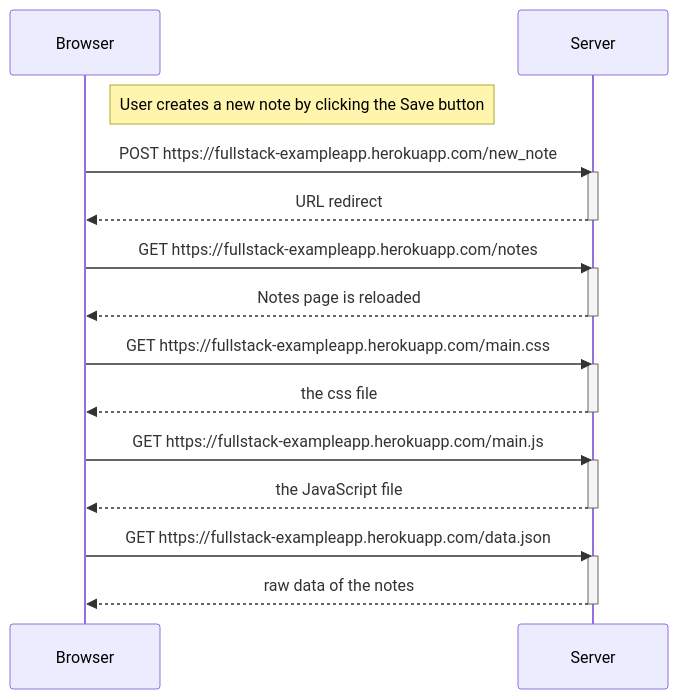
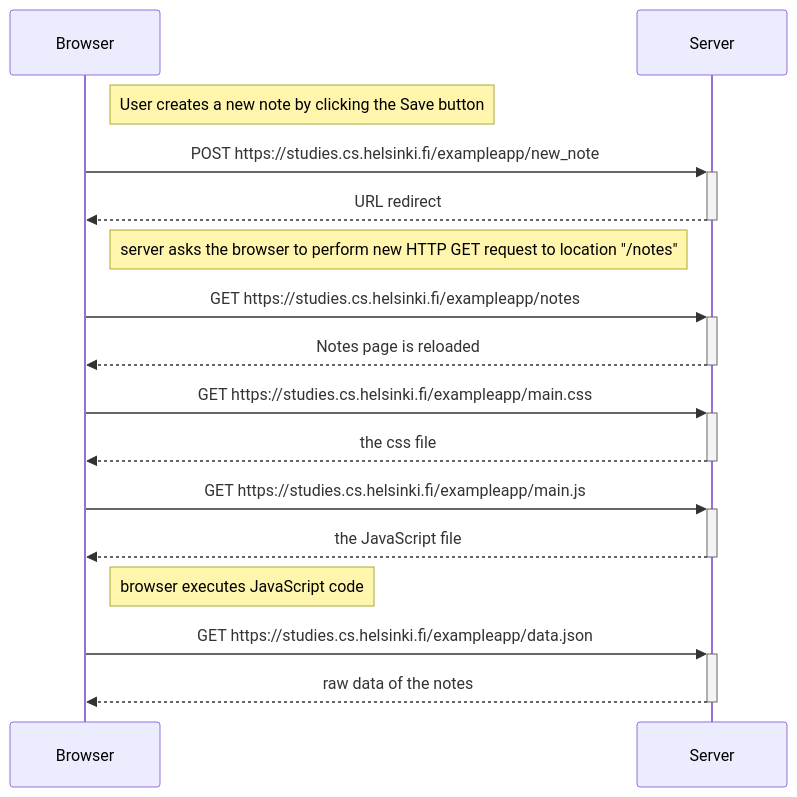
One commit to VictoriaColeman/FullStackOpenPart0 changed the diagram in 0.4-NewNoteDiagram.md. Above: the diagram before and after it, drawn with Mermaid.

Commit message:
Update note diagram with new server endpoints

````diff
--- a/0.4-NewNoteDiagram.md
+++ b/0.4-NewNoteDiagram.md
@@ -2,25 +2,16 @@
 ```mermaid
 sequenceDiagram
     Note right of Browser: User creates a new note by clicking the Save button
-
-    Browser->>Server: POST https://fullstack-exampleapp.herokuapp.com/new_note
-    Activate Server
-    Server-->>Browser: URL redirect 
-    Deactivate Server
-    Browser->>Server: GET https://fullstack-exampleapp.herokuapp.com/notes
-    Activate Server
-    Server-->>Browser: Notes page is reloaded
-    Deactivate Server
-    Browser->>Server: GET https://fullstack-exampleapp.herokuapp.com/main.css
-    Activate Server
-    Server-->>Browser: the css file
-    Deactivate Server
-    Browser->>Server: GET https://fullstack-exampleapp.herokuapp.com/main.js
-    Activate Server
-    Server-->>Browser: the JavaScript file
-    Deactivate Server
-    Browser->>Server: GET https://fullstack-exampleapp.herokuapp.com/data.json
-    Activate Server
-    Server-->>Browser: raw data of the notes
-    Deactivate Server
+    Browser->>+Server: POST https://studies.cs.helsinki.fi/exampleapp/new_note
+    Server-->>-Browser: URL redirect
+    Note right of Browser: server asks the browser to perform new HTTP GET request to location "/notes" 
+    Browser->>+Server: GET https://studies.cs.helsinki.fi/exampleapp/notes
+    Server-->>-Browser: Notes page is reloaded
+    Browser->>+Server: GET https://studies.cs.helsinki.fi/exampleapp/main.css
+    Server-->>-Browser: the css file
+    Browser->>+Server: GET https://studies.cs.helsinki.fi/exampleapp/main.js
+    Server-->>-Browser: the JavaScript file
+    Note right of Browser: browser executes JavaScript code
+    Browser->>+Server: GET https://studies.cs.helsinki.fi/exampleapp/data.json
+    Server-->>-Browser: raw data of the notes
 ```
````
